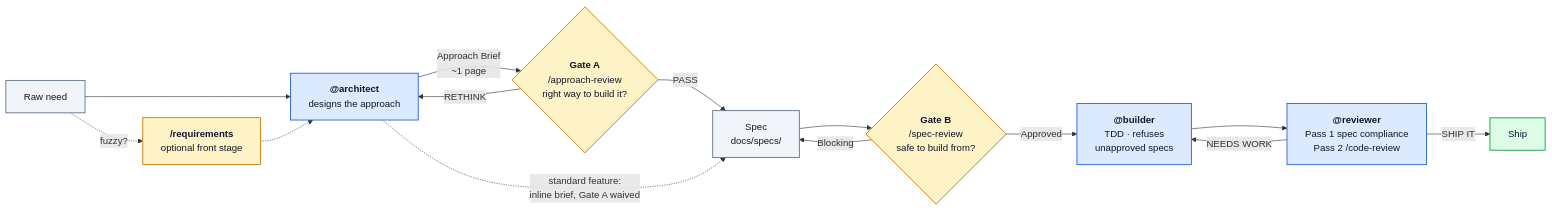
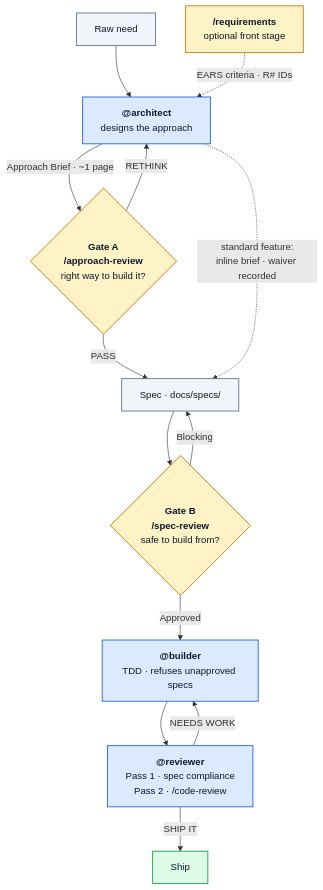
The diagram in README.md (AmirAnckonina/aa-agentic-workflow), drawn with Mermaid before and after one commit. The commit also changed 2 other files, not shown here.

Commit message:
Return docs diagrams to vertical — GitHub scales wide LR bands unreadably small
GitHub fits mermaid SVGs to page width, so the 2500px-wide LR bands
rendered at ~33% scale with illegible text; vertical diagrams render at
natural size. Reverted README pipeline, WORKFLOW routing, and the DESIGN
ownership map to top-down, keeping the LR round's text fixes and
compacting the layout: README drops from 1940px to 1474px tall (brief on
an edge label, /requirements beside the entry instead of above it), and
every @agent / /command mention now sits bold on its own line.

````diff
--- a/README.md
+++ b/README.md
@@ -34,30 +34,29 @@
 ```mermaid
-flowchart LR
+flowchart TD
     N["Raw need"] --> AR["<b>@architect</b><br/>designs the approach"]
-    N -.->|fuzzy?| R["<b>/requirements</b><br/>optional front stage"]
-    R -.-> AR
+    R["<b>/requirements</b><br/>optional front stage"] -.->|"EARS criteria · R# IDs"| AR
 
-    AR -->|"Approach Brief<br/>~1 page"| GA{"<b>Gate A</b><br/>/approach-review<br/>right way to build it?"}
+    AR -->|"Approach Brief · ~1 page"| GA{"<b>Gate A</b><br/><b>/approach-review</b><br/>right way to build it?"}
     GA -->|RETHINK| AR
 
-    GA -->|PASS| SP["Spec<br/>docs/specs/"]
-    AR -.->|"standard feature:<br/>inline brief, Gate A waived"| SP
+    GA -->|PASS| SP["Spec · docs/specs/"]
+    AR -.->|"standard feature:<br/>inline brief · waiver recorded"| SP
 
-    SP --> GB{"<b>Gate B</b><br/>/spec-review<br/>safe to build from?"}
+    SP --> GB{"<b>Gate B</b><br/><b>/spec-review</b><br/>safe to build from?"}
     GB -->|Blocking| SP
 
-    GB -->|Approved| BD["<b>@builder</b><br/>TDD · refuses<br/>unapproved specs"]
-    BD --> RV["<b>@reviewer</b><br/>Pass 1 spec compliance<br/>Pass 2 /code-review"]
+    GB -->|Approved| BD["<b>@builder</b><br/>TDD · refuses unapproved specs"]
+    BD --> RV["<b>@reviewer</b><br/>Pass 1 · spec compliance<br/>Pass 2 · /code-review"]
     RV -->|NEEDS WORK| BD
     RV -->|SHIP IT| SH["Ship"]
 
     classDef agent fill:#dbeafe,stroke:#2563eb,stroke-width:1.5px,color:#0f172a
     classDef gate fill:#fef3c7,stroke:#d97706,stroke-width:1.5px,color:#0f172a
     classDef art fill:#f1f5f9,stroke:#64748b,stroke-width:1.5px,color:#0f172a
     classDef done fill:#dcfce7,stroke:#16a34a,stroke-width:1.5px,color:#0f172a
 
     class AR,BD,RV agent
     class GA,GB,R gate
     class SP,N art
     class SH done
 ```
````
